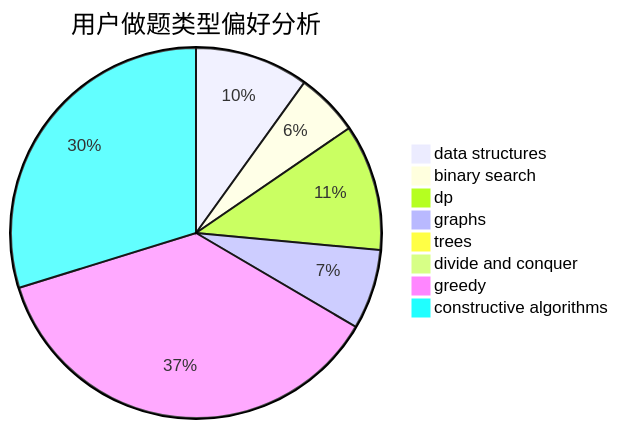
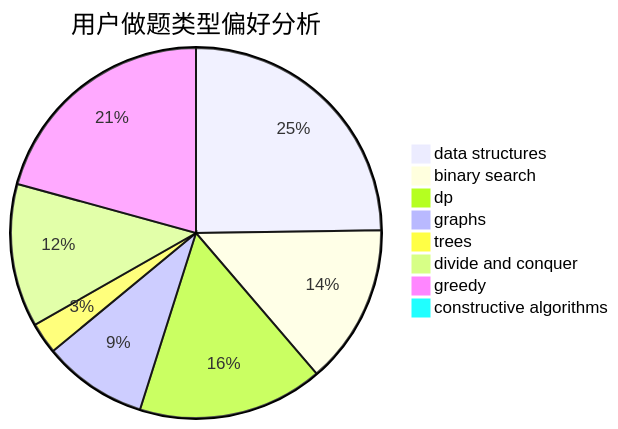
Before and after one commit to sherpahu/cfrs.github.io: the second of 3 diagrams in docs/user/u836.md, drawn with Mermaid. The commit also changed other lines of this file and 2770 other files, not shown here.

````diff
--- a/docs/user/u836.md
+++ b/docs/user/u836.md
@@ -23,11 +23,11 @@
 ```mermaid
 pie title 用户做题类型偏好分析
-    "data structures" :  27
-    "binary search" :  15
-    "dp" :  30
-    "graphs" :  19
-    "trees" :  0
-    "divide and conquer" :  0
-    "greedy" :  100
-    "constructive algorithms" :  81
+    "data structures" :  190
+    "binary search" :  107
+    "dp" :  124
+    "graphs" :  70
+    "trees" :  21
+    "divide and conquer" :  96
+    "greedy" :  159
+    "constructive algorithms" :  5
 ```
````
